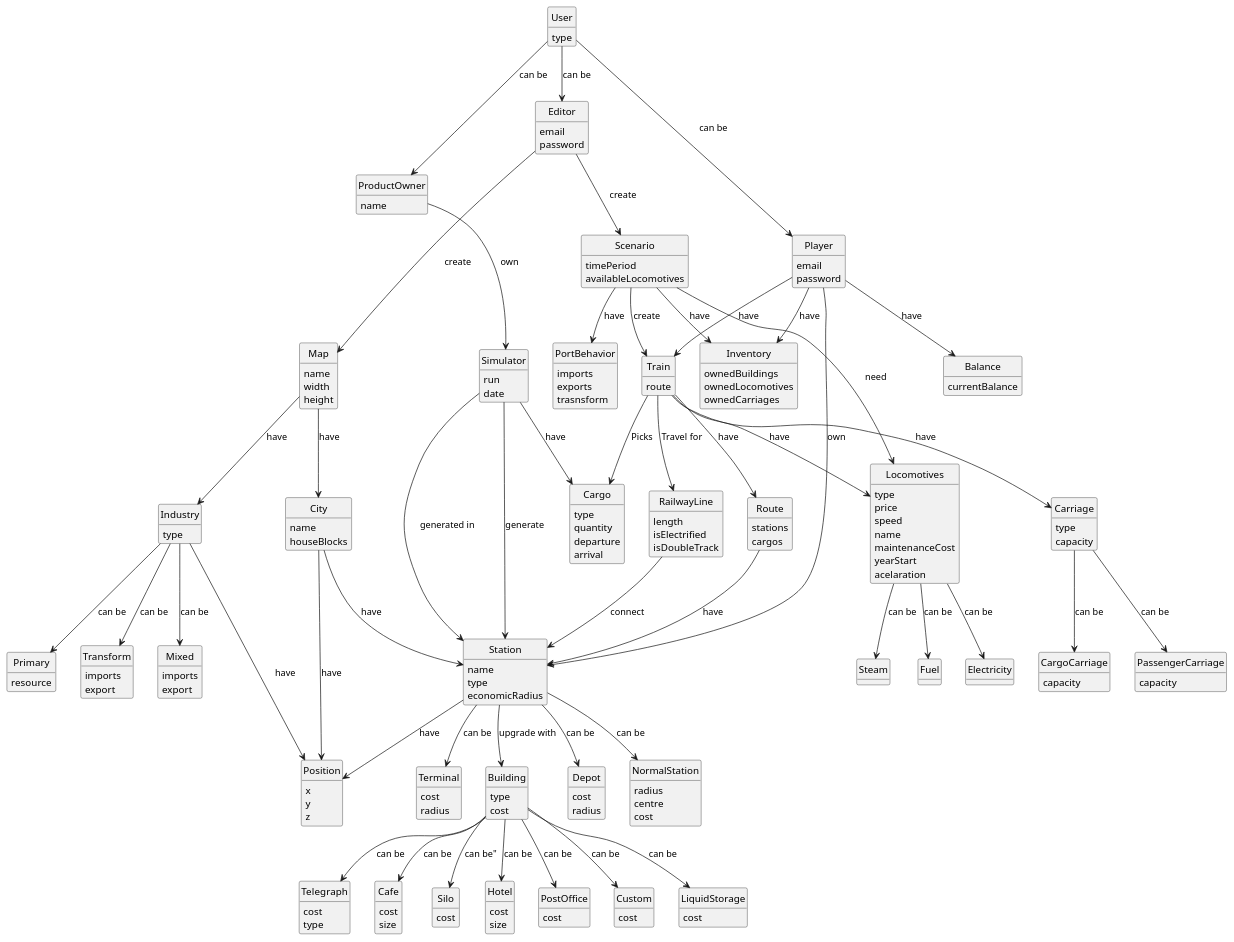
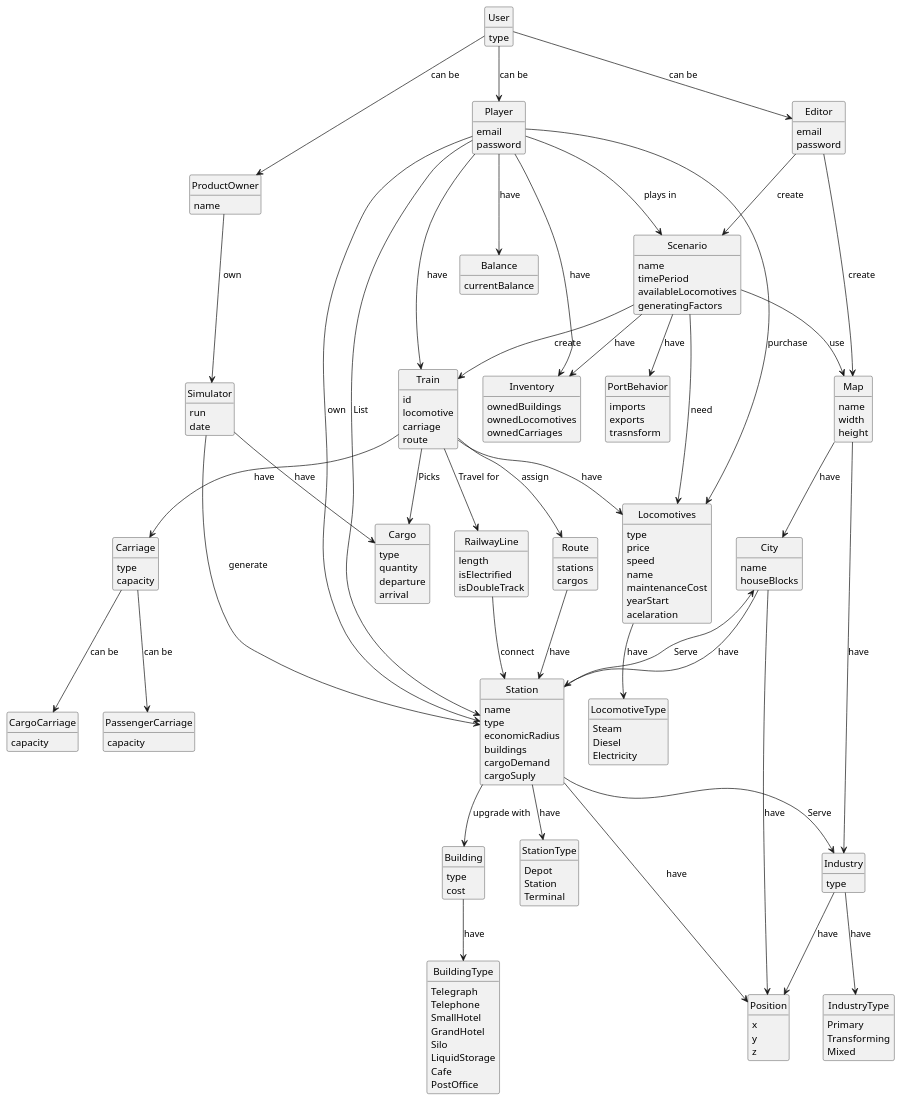
Before and after one commit to Andremonteiro1240850/railway_simulator: the diagram in docs/system-documentation/global-artifacts/02.analisys/puml/Domainmodel.puml, drawn with PlantUML. The commit also changed 2 other files, not shown here.

```diff
--- a/docs/system-documentation/global-artifacts/02.analisys/puml/Domainmodel.puml
+++ b/docs/system-documentation/global-artifacts/02.analisys/puml/Domainmodel.puml
@@ -24,6 +24,8 @@
         email
         password
     }
+    Player-->Scenario:"plays in"
+    Player --> Locomotives:"purchase"
 
     class ProductOwner {
         name
@@ -38,6 +40,7 @@
         name
         width
         height
+
     }
 
     class City {
@@ -63,9 +66,12 @@
 
 
     class Scenario {
+        name
         timePeriod
         availableLocomotives
+        generatingFactors
     }
+    Scenario --> Map :"use"
 
     class PortBehavior {
         imports
@@ -81,7 +87,16 @@
         name
         type
         economicRadius
+        buildings
+        cargoDemand
+        cargoSuply
     }
+    class StationType {
+    Depot
+    Station
+    Terminal
+    }
+    Station --> StationType: "have"
 
     class RailwayLine {
         length
@@ -90,6 +105,9 @@
     }
 
     class Train {
+        id
+        locomotive
+        carriage
         route
     }
 
@@ -125,12 +143,12 @@
     yearStart
     acelaration
     }
-    class Steam{
+    class LocomotiveType{
+    Steam
+    Diesel
+    Electricity
     }
-    class Fuel{
-    }
-    class Electricity{
-    }
+    Locomotives --> LocomotiveType: "have"
     class Carriage{
     type
     capacity
@@ -141,59 +159,28 @@
     class CargoCarriage{
     capacity
     }
-    class Depot{
-    cost
-    radius
-
-    }
-    class NormalStation{
-    radius
-    centre
-    cost
-    }
-    class Terminal{
-    cost
-    radius
-    }
     class Building{
     type
     cost
     }
-    class Telegraph{
-    cost
-    type
+    class BuildingType{
+            Telegraph
+            Telephone
+            SmallHotel
+            GrandHotel
+            Silo
+            LiquidStorage
+            Cafe
+            PostOffice
+
     }
-    class Cafe{
-    cost
-    size
-    }
-    class Silo{
-    cost
-    }
-    class Hotel{
-    cost
-    size
-    }
-    class PostOffice {
-    cost
-    }
-    class Custom {
-    cost
-    }
-    class LiquidStorage {
-    cost
-    }
-    class Primary{
-    resource
-    }
-    class Transform{
-    imports
-    export
-    }
-    class Mixed{
-    imports
-    export
-    }
+    Building --> BuildingType:"have"
+   class IndustryType{
+   Primary
+   Transforming
+   Mixed
+   }
+   Industry --> IndustryType: "have"
 
 
 
@@ -206,38 +193,20 @@
 
 
 
-
+    Player --> Station: "List"
     Player --> Station: "own"
-
     RailwayLine  -->  Station : "connect"
-    Train  -->  Route :"have"
+    Train  -->  Route :"assign"
     Player --> Train : "have"
     Player --> Balance : "have"
     Player --> Inventory : "have"
     ProductOwner --> Simulator : "own"
     Simulator --> Cargo : "have"
-    Simulator --> Station : "generated in"
     Train --> Locomotives : "have"
-    Locomotives --> Steam :"can be"
-    Locomotives --> Fuel: "can be"
-    Locomotives --> Electricity: "can be"
     Train --> Carriage : "have"
     Carriage --> CargoCarriage: "can be"
     Carriage --> PassengerCarriage: "can be"
-    Station --> Terminal: "can be"
-    Station --> Depot: "can be"
-    Station --> NormalStation: "can be"
     Station --> Building : "upgrade with"
-    Building --> Telegraph: "can be"
-    Building --> Custom: "can be"
-    Building --> Cafe: "can be"
-    Building --> Hotel: "can be"
-    Building --> PostOffice: "can be"
-    Building --> LiquidStorage: "can be"
-    Industry --> Primary: "can be"
-    Industry --> Mixed: "can be"
-    Industry --> Transform: "can be"
-    Building --> Silo: "can be""
     City --> Station: "have"
     Scenario --> Train: "create"
     Scenario --> Inventory: "have"
@@ -247,7 +216,8 @@
     Route --> Station: "have"
     Simulator --> Station: "generate"
     Train --> RailwayLine: "Travel for"
-
+    Station --> City: "Serve"
+    Station --> Industry: "Serve"
 
 
 
```
